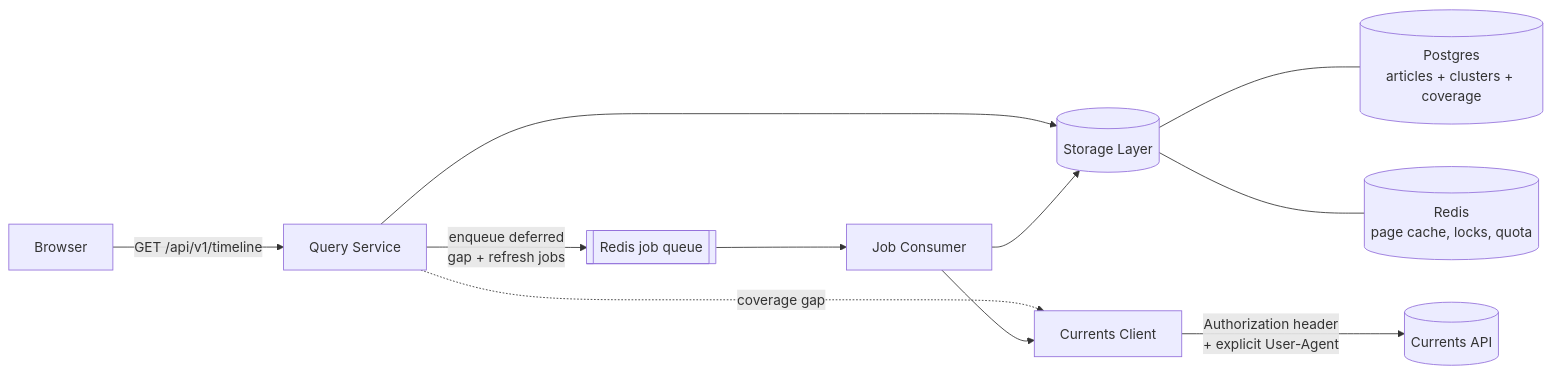
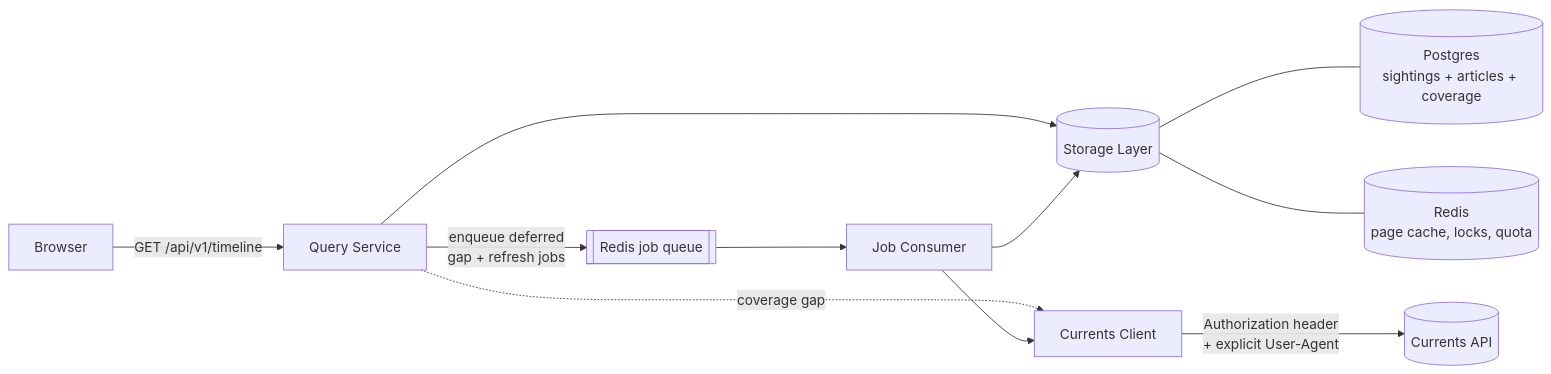
One commit to ashaharudin/zammy changed the diagram in docs/ARCHITECTURE.md. Above: the diagram before and after it, drawn with Mermaid. The commit also changed other lines of this file and 21 other files, not shown here.

First line of the commit message:
Vocabulary reconciliation: sightings vs articles

````diff
--- a/docs/ARCHITECTURE.md
+++ b/docs/ARCHITECTURE.md
@@ -95,13 +107,13 @@
 ```mermaid
 flowchart LR
     U[Browser] -->|GET /api/v1/timeline| API[Query Service]
     API --> S[(Storage Layer)]
     API -.coverage gap.-> C[Currents Client]
     API -->|enqueue deferred<br/>gap + refresh jobs| Q[[Redis job queue]]
     Q --> W[Job Consumer]
     W --> C
     W --> S
     C -->|Authorization header<br/>+ explicit User-Agent| X[(Currents API)]
-    S --- PG[(Postgres<br/>articles + clusters + coverage)]
+    S --- PG[(Postgres<br/>sightings + articles + coverage)]
     S --- R[(Redis<br/>page cache, locks, quota)]
 ```
````
